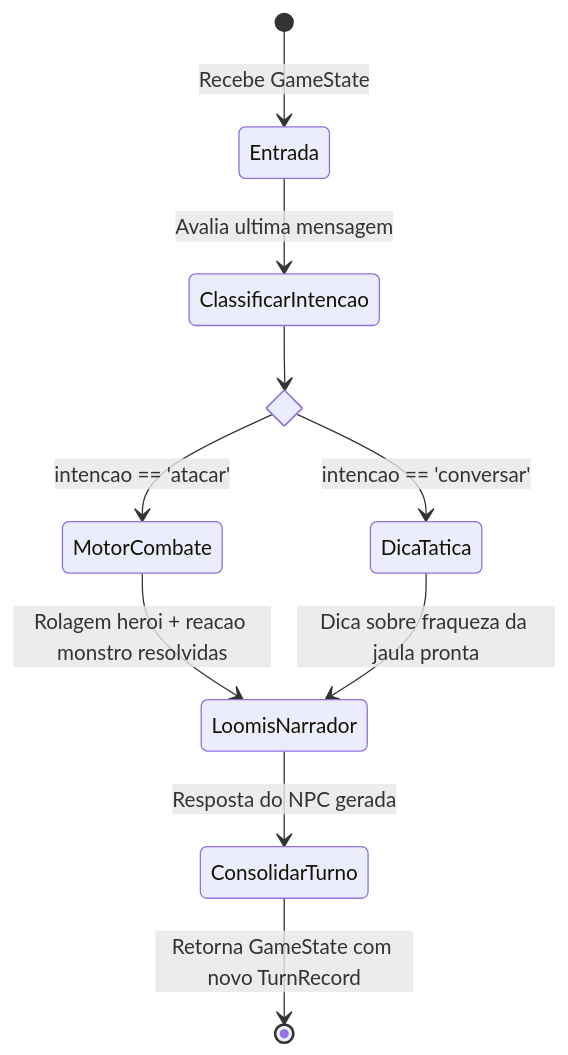
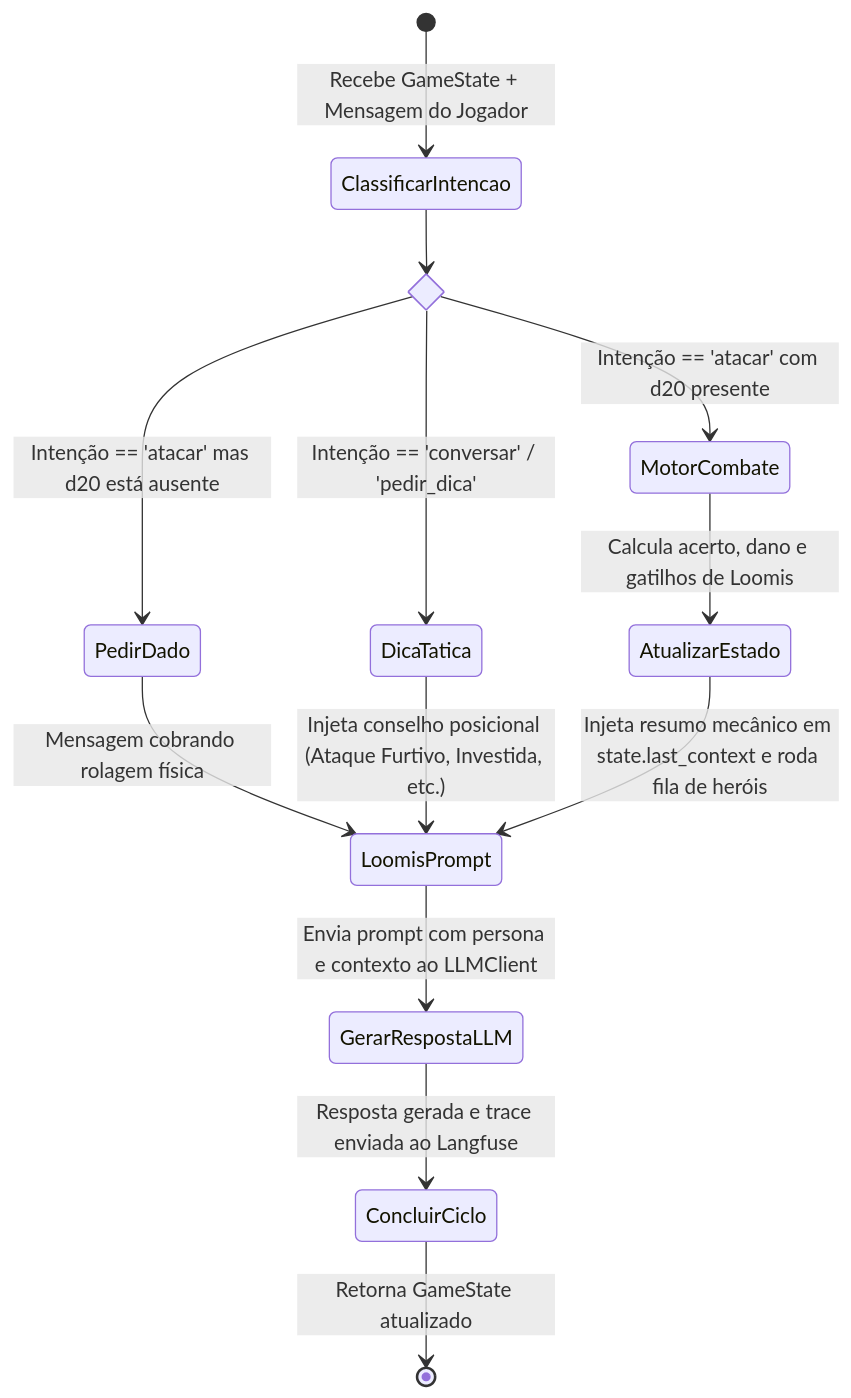
One commit to gradprojetos/ai-npc changed the fifth of 5 diagrams in docs/architecture.md. Above: the diagram before and after it, drawn with Mermaid. The commit also changed other lines of this file and 3 other files, not shown here.

````diff
--- a/docs/architecture.md
+++ b/docs/architecture.md
@@ -212,17 +291,21 @@
 ```mermaid
 stateDiagram-v2
-    [*] --> Entrada : Recebe GameState
-    Entrada --> ClassificarIntencao : Avalia ultima mensagem
+    [*] --> ClassificarIntencao : Recebe GameState + Mensagem do Jogador
     
     state checagem_intencao <<choice>>
     ClassificarIntencao --> checagem_intencao
     
-    checagem_intencao --> MotorCombate : intencao == 'atacar'
-    checagem_intencao --> DicaTatica : intencao == 'conversar'
+    checagem_intencao --> DicaTatica : Intenção == 'conversar' / 'pedir_dica'
+    checagem_intencao --> PedirDado : Intenção == 'atacar' mas d20 está ausente
+    checagem_intencao --> MotorCombate : Intenção == 'atacar' com d20 presente
     
-    MotorCombate --> LoomisNarrador : Rolagem heroi + reacao monstro resolvidas
-    DicaTatica --> LoomisNarrador : Dica sobre fraqueza da jaula pronta
+    PedirDado --> LoomisPrompt : Mensagem cobrando rolagem física
+    DicaTatica --> LoomisPrompt : Injeta conselho posicional (Ataque Furtivo, Investida, etc.)
     
-    LoomisNarrador --> ConsolidarTurno : Resposta do NPC gerada
-    ConsolidarTurno --> [*] : Retorna GameState com novo TurnRecord
+    MotorCombate --> AtualizarEstado : Calcula acerto, dano e gatilhos de Loomis
+    AtualizarEstado --> LoomisPrompt : Injeta resumo mecânico em state.last_context e roda fila de heróis
+    
+    LoomisPrompt --> GerarRespostaLLM : Envia prompt com persona e contexto ao LLMClient
+    GerarRespostaLLM --> ConcluirCiclo : Resposta gerada e trace enviada ao Langfuse
+    ConcluirCiclo --> [*] : Retorna GameState atualizado
 ```
````
